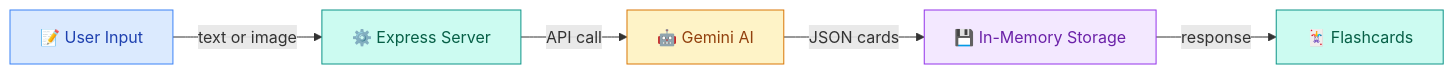
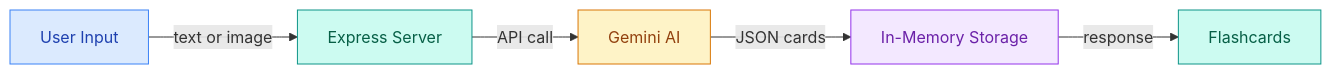
Before and after one commit to doyalnitin/Ai-flashcard-generator: the first of 5 diagrams in README.md, drawn with Mermaid. The commit also changed other lines of this file, not shown here.

````diff
--- a/README.md
+++ b/README.md
@@ -20,12 +20,12 @@
 ```mermaid
 graph LR
-    A["📝 User Input"] -->|"text or image"| B["⚙️ Express Server"]
-    B -->|"API call"| C["🤖 Gemini AI"]
-    C -->|"JSON cards"| D["💾 In-Memory Storage"]
-    D -->|"response"| E["🃏 Flashcards"]
+    A[" User Input"] -->|"text or image"| B[" Express Server"]
+    B -->|"API call"| C[" Gemini AI"]
+    C -->|"JSON cards"| D[" In-Memory Storage"]
+    D -->|"response"| E[" Flashcards"]
     style A fill:#dbeafe,stroke:#3b82f6,color:#1e40af
     style B fill:#ccfbf1,stroke:#0d9488,color:#065f46
     style C fill:#fef3c7,stroke:#d97706,color:#92400e
     style D fill:#f3e8ff,stroke:#9333ea,color:#6b21a8
     style E fill:#ccfbf1,stroke:#0d9488,color:#065f46
 ```
````
